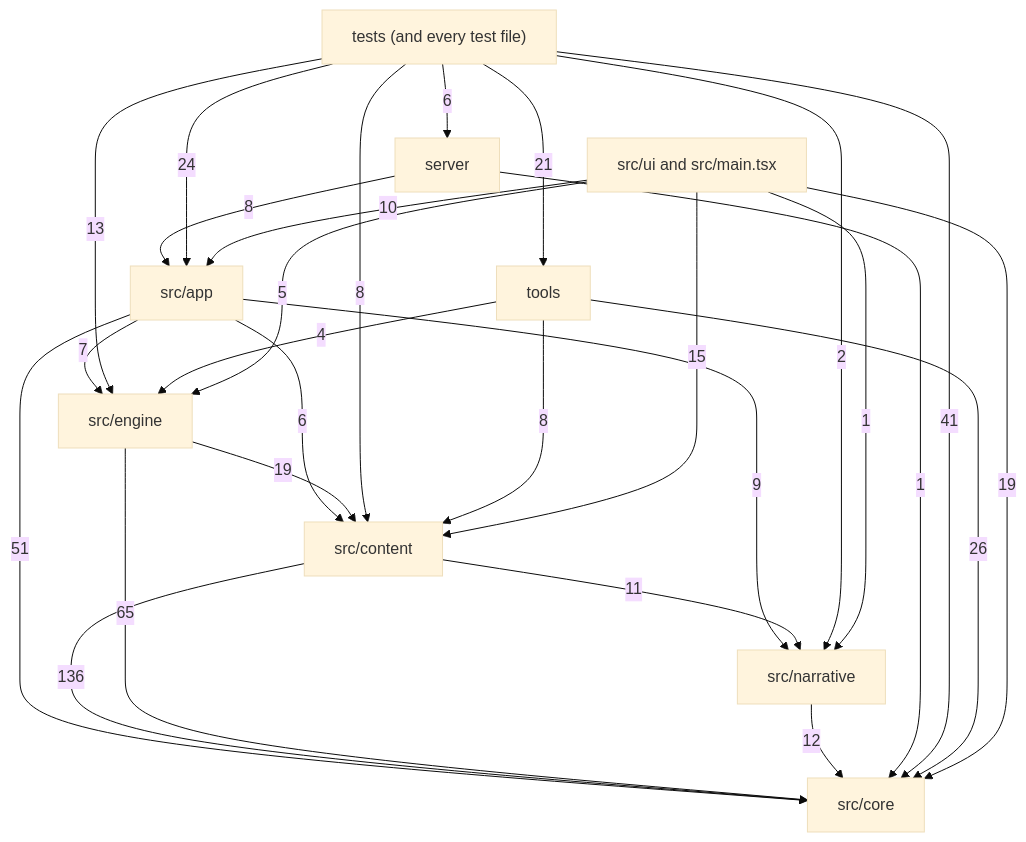
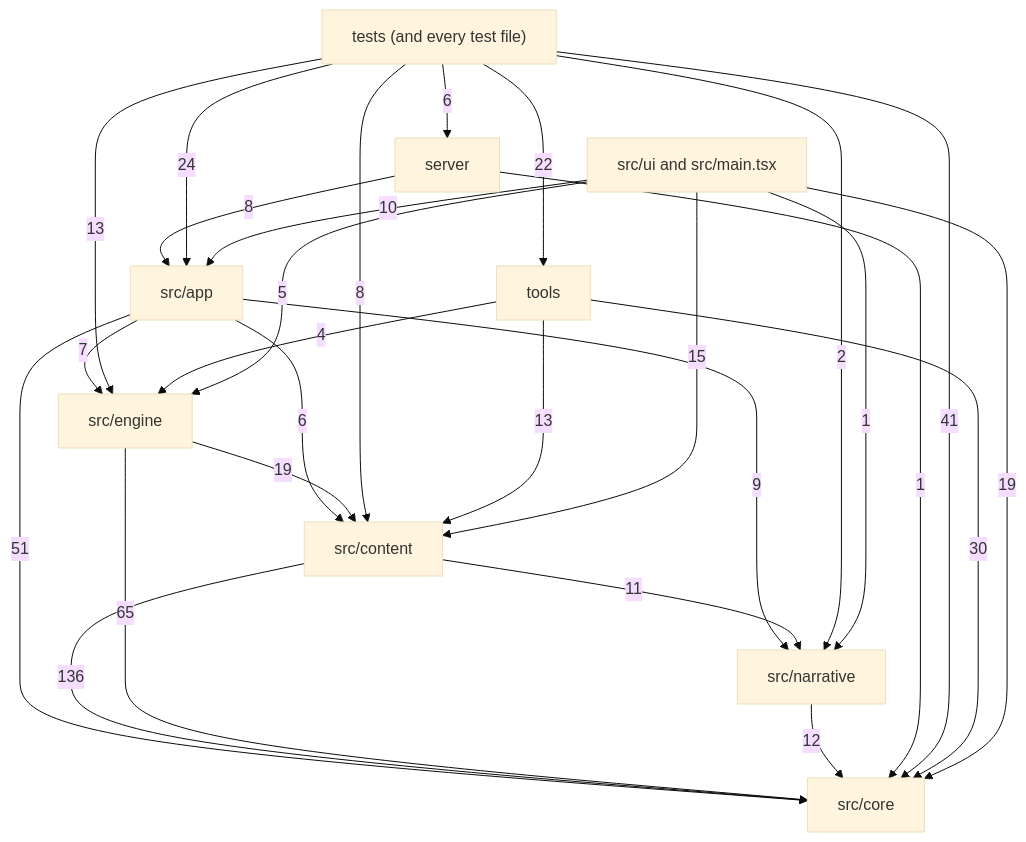
Before and after one commit to OrangeB0lt/Cyber-funk: the diagram in docs/reference/code-map/README.md, drawn with Mermaid (base theme). The commit also changed other lines of this file and 100 other files, not shown here.

````diff
--- a/docs/reference/code-map/README.md
+++ b/docs/reference/code-map/README.md
@@ -29,38 +29,38 @@
 ```mermaid
 flowchart TD
   core["src/core"]
   narrative["src/narrative"]
   content["src/content"]
   engine["src/engine"]
   app["src/app"]
   ui["src/ui and src/main.tsx"]
   server["server"]
   tools["tools"]
   tests["tests (and every test file)"]
   app -->|6| content
   app -->|51| core
   app -->|7| engine
   app -->|9| narrative
   content -->|136| core
   content -->|11| narrative
   engine -->|19| content
   engine -->|65| core
   narrative -->|12| core
   server -->|8| app
   server -->|1| core
   tests -->|24| app
   tests -->|8| content
   tests -->|41| core
   tests -->|13| engine
   tests -->|2| narrative
   tests -->|6| server
-  tests -->|21| tools
-  tools -->|8| content
-  tools -->|26| core
+  tests -->|22| tools
+  tools -->|13| content
+  tools -->|30| core
   tools -->|4| engine
   ui -->|10| app
   ui -->|15| content
   ui -->|19| core
   ui -->|5| engine
   ui -->|1| narrative
 ```
````
